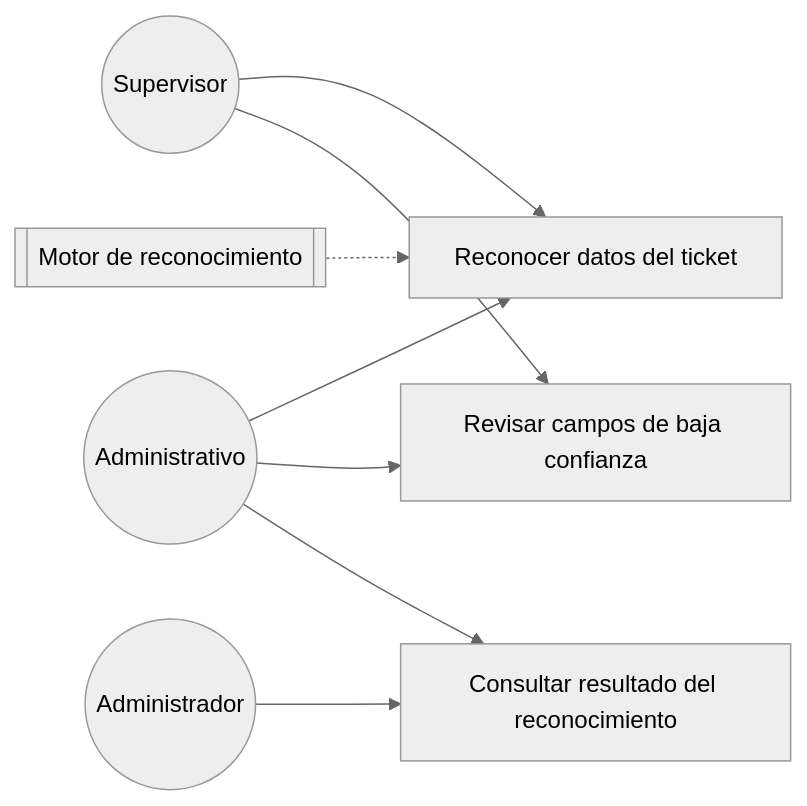
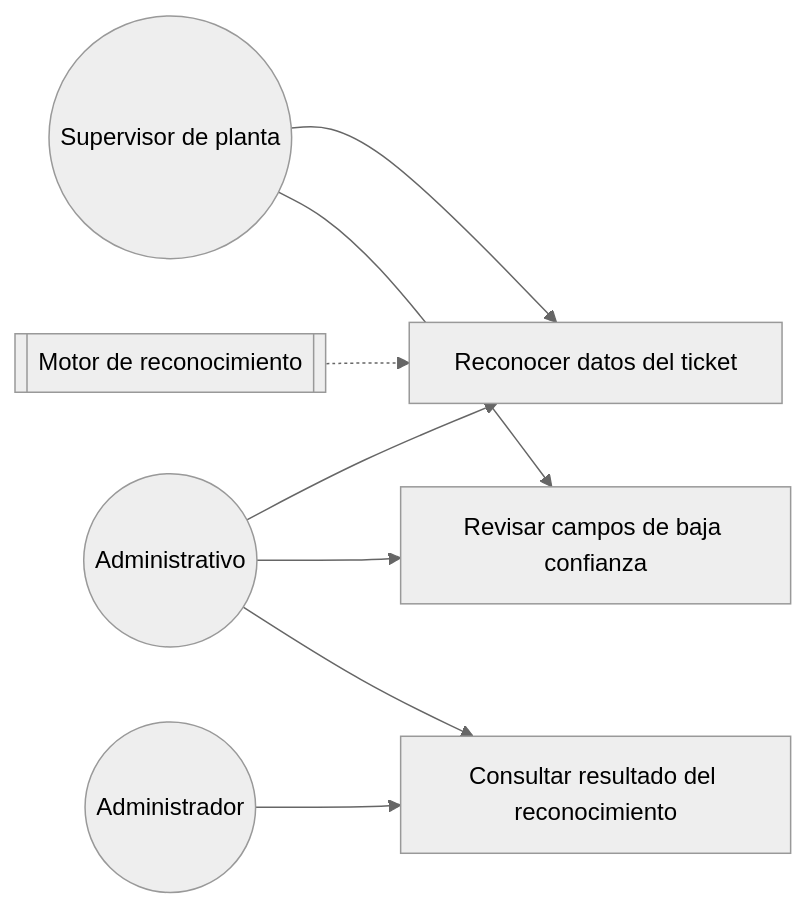
The first of 3 diagrams in docs/PLAN_TRABAJO.md (adlerOmonte1/LogisticaMinera), drawn with Mermaid (neutral theme) before and after one commit. The commit also changed other lines of this file and 1 other file, not shown here.

````diff
--- a/docs/PLAN_TRABAJO.md
+++ b/docs/PLAN_TRABAJO.md
@@ -704,19 +754,19 @@
 ```mermaid
 flowchart LR
-    SUP(("Supervisor"))
+    SUP(("Supervisor de planta"))
     ADV(("Administrativo"))
     ADM(("Administrador"))
     MOT[["Motor de reconocimiento"]]
 
     UC1["Reconocer datos del ticket"]
     UC2["Revisar campos de baja confianza"]
     UC3["Consultar resultado del reconocimiento"]
 
     SUP --> UC1
     SUP --> UC2
     ADV --> UC1
     ADV --> UC2
     ADV --> UC3
     ADM --> UC3
     MOT -.-> UC1
 ```
````
